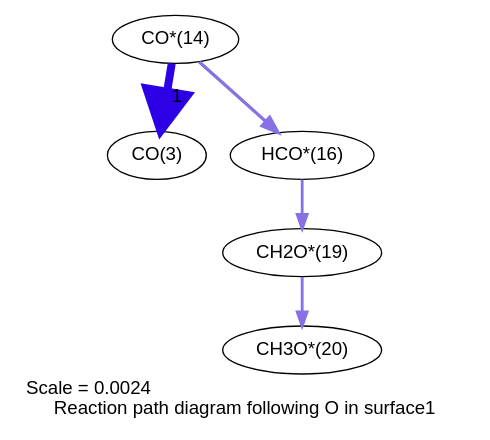
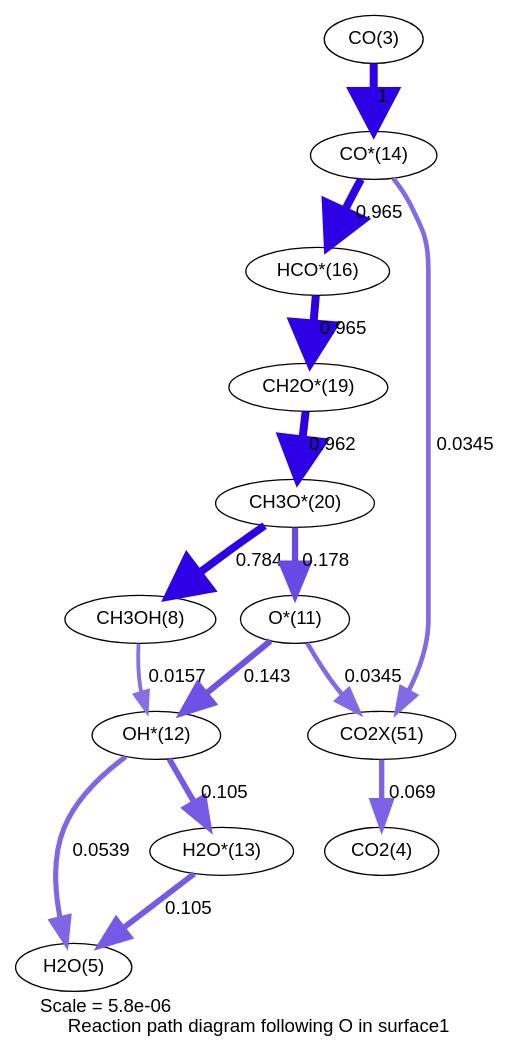
One commit to comocheng/meOH-analysis changed the diagram in cantera_simulations/RMG_wDeut/reaction_path_O_surface1.dot. Above: the diagram before and after it, drawn with Graphviz. The commit also changed 257 other files, not shown here.

```diff
--- a/cantera_simulations/RMG_wDeut/reaction_path_O_surface1.dot
+++ b/cantera_simulations/RMG_wDeut/reaction_path_O_surface1.dot
@@ -1,18 +1,45 @@
 digraph reaction_paths {
 center=1;
-s33 -> s3[fontname="Helvetica", penwidth=6, arrowsize=3, color="0.7, 1.5, 0.9"
+s3 -> s26[fontname="Helvetica", penwidth=6, arrowsize=3, color="0.7, 1.5, 0.9"
 , label=" 1"];
-s33 -> s35[fontname="Helvetica", penwidth=2.43, arrowsize=1.22, color="0.7, 0.509, 0.9"
-];
-s35 -> s38[fontname="Helvetica", penwidth=2.12, arrowsize=1.06, color="0.7, 0.506, 0.9"
-];
-s38 -> s39[fontname="Helvetica", penwidth=2.13, arrowsize=1.06, color="0.7, 0.506, 0.9"
-];
+s26 -> s28[fontname="Helvetica", penwidth=5.97, arrowsize=2.99, color="0.7, 1.46, 0.9"
+, label=" 0.965"];
+s26 -> s38[fontname="Helvetica", penwidth=3.46, arrowsize=1.73, color="0.7, 0.534, 0.9"
+, label=" 0.0345"];
+s24 -> s5[fontname="Helvetica", penwidth=3.8, arrowsize=1.9, color="0.7, 0.554, 0.9"
+, label=" 0.0539"];
+s24 -> s25[fontname="Helvetica", penwidth=4.3, arrowsize=2.15, color="0.7, 0.605, 0.9"
+, label=" 0.105"];
+s8 -> s24[fontname="Helvetica", penwidth=2.86, arrowsize=1.43, color="0.7, 0.516, 0.9"
+, label=" 0.0157"];
+s23 -> s24[fontname="Helvetica", penwidth=4.53, arrowsize=2.27, color="0.7, 0.643, 0.9"
+, label=" 0.143"];
+s28 -> s31[fontname="Helvetica", penwidth=5.97, arrowsize=2.99, color="0.7, 1.46, 0.9"
+, label=" 0.965"];
+s38 -> s4[fontname="Helvetica", penwidth=3.98, arrowsize=1.99, color="0.7, 0.569, 0.9"
+, label=" 0.069"];
+s31 -> s32[fontname="Helvetica", penwidth=5.97, arrowsize=2.99, color="0.7, 1.46, 0.9"
+, label=" 0.962"];
+s32 -> s8[fontname="Helvetica", penwidth=5.82, arrowsize=2.91, color="0.7, 1.28, 0.9"
+, label=" 0.784"];
+s32 -> s23[fontname="Helvetica", penwidth=4.7, arrowsize=2.35, color="0.7, 0.678, 0.9"
+, label=" 0.178"];
+s25 -> s5[fontname="Helvetica", penwidth=4.3, arrowsize=2.15, color="0.7, 0.605, 0.9"
+, label=" 0.105"];
+s23 -> s38[fontname="Helvetica", penwidth=3.46, arrowsize=1.73, color="0.7, 0.534, 0.9"
+, label=" 0.0345"];
 s3 [ fontname="Helvetica", label="CO(3)"];
-s33 [ fontname="Helvetica", label="CO*(14)"];
-s35 [ fontname="Helvetica", label="HCO*(16)"];
-s38 [ fontname="Helvetica", label="CH2O*(19)"];
-s39 [ fontname="Helvetica", label="CH3O*(20)"];
- label = "Scale = 0.0024\l Reaction path diagram following O in surface1";
+s4 [ fontname="Helvetica", label="CO2(4)"];
+s5 [ fontname="Helvetica", label="H2O(5)"];
+s8 [ fontname="Helvetica", label="CH3OH(8)"];
+s23 [ fontname="Helvetica", label="O*(11)"];
+s24 [ fontname="Helvetica", label="OH*(12)"];
+s25 [ fontname="Helvetica", label="H2O*(13)"];
+s26 [ fontname="Helvetica", label="CO*(14)"];
+s28 [ fontname="Helvetica", label="HCO*(16)"];
+s31 [ fontname="Helvetica", label="CH2O*(19)"];
+s32 [ fontname="Helvetica", label="CH3O*(20)"];
+s38 [ fontname="Helvetica", label="CO2X(51)"];
+ label = "Scale = 5.8e-06\l Reaction path diagram following O in surface1";
  fontname = "Helvetica";
 }
```
